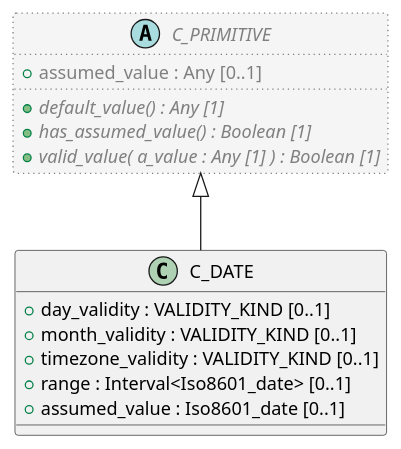
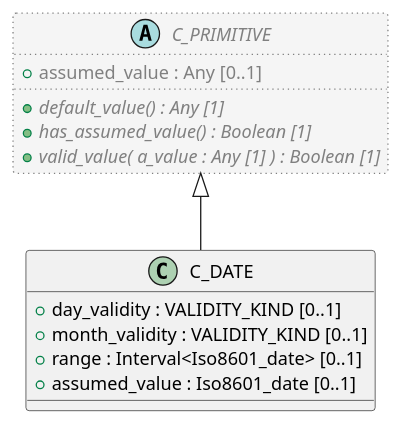
Before and after one commit to sebastian-iancu/code-generator: the diagram in code/Adoc/openehr_am_1.4.0/plantUML/classes/aom14.c_date.adoc, drawn with PlantUML. The commit also changed 299 other files, not shown here.

```diff
--- a/code/Adoc/openehr_am_1.4.0/plantUML/classes/aom14.c_date.adoc
+++ b/code/Adoc/openehr_am_1.4.0/plantUML/classes/aom14.c_date.adoc
@@ -1,24 +1,23 @@
 [plantuml,C_DATE,format=svg]
 -----
 @startuml
 
 class C_DATE {
   + day_validity : VALIDITY_KIND [0..1]
   + month_validity : VALIDITY_KIND [0..1]
-  + timezone_validity : VALIDITY_KIND [0..1]
   + range : Interval<Iso8601_date> [0..1]
   + assumed_value : Iso8601_date [0..1]
 }
 
 abstract class C_PRIMITIVE  #whitesmoke;line:gray;line.dotted;text:gray {
   + assumed_value : Any [0..1]
   + {abstract} default_value() : Any [1]
   + {abstract} has_assumed_value() : Boolean [1]
   + {abstract} valid_value( a_value : Any [1] ) : Boolean [1]
 }
 
 C_PRIMITIVE <|-- C_DATE
 
 
 @enduml
 -----
```
